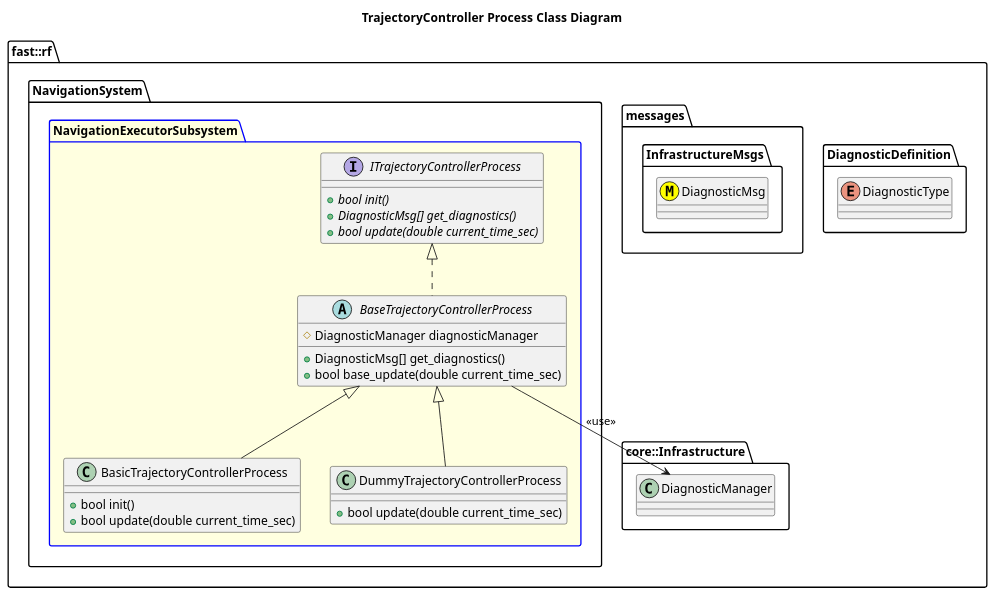
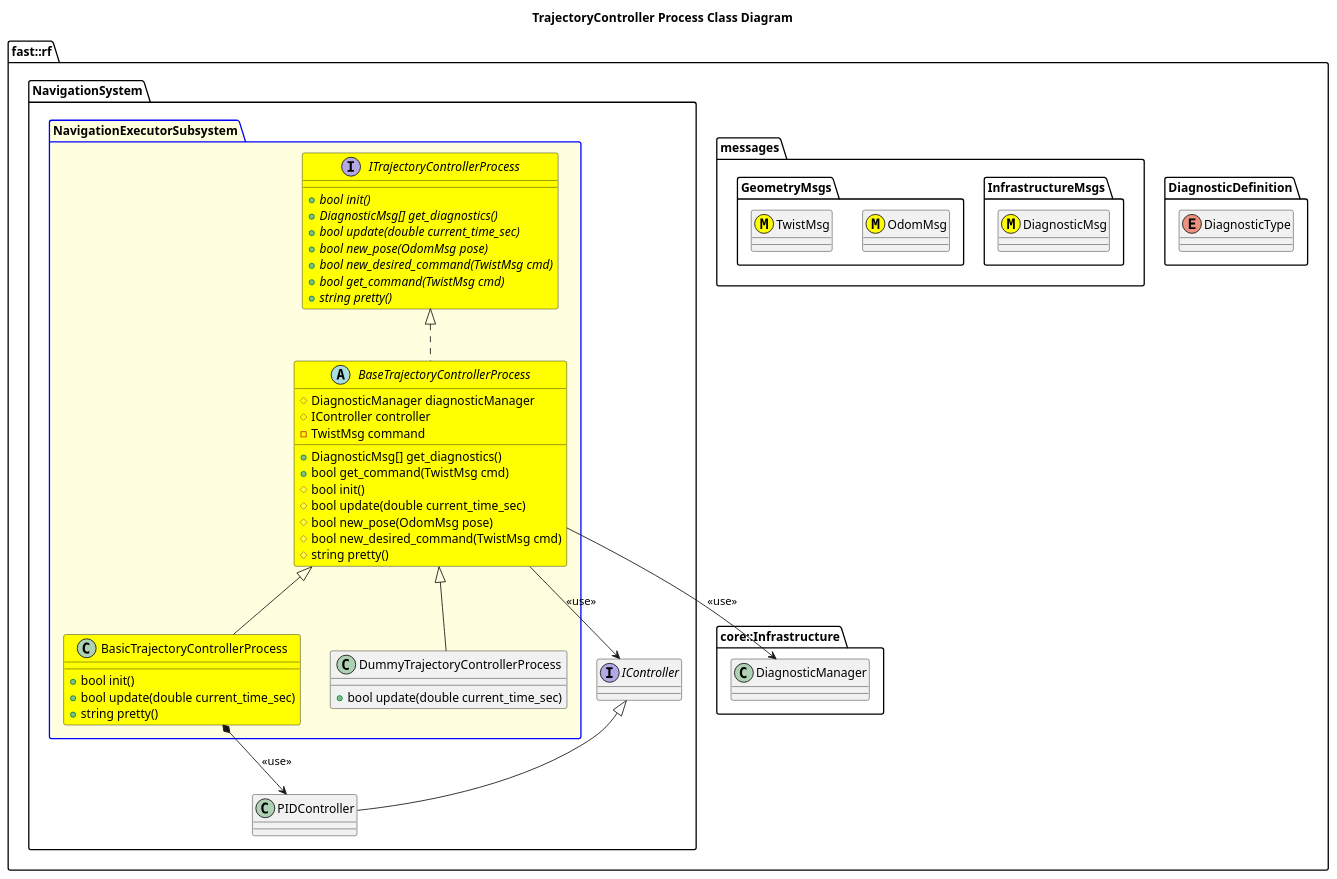
Before and after one commit to fastrobotics/robot_framework: the diagram in Systems/Navigation/Subsystems/NavigationExecutor/Processes/TrajectoryController/doc/puml/TrajectoryControllerProcessClassDiagram.puml, drawn with PlantUML. The commit also changed 18 other files, not shown here.

```diff
--- a/Systems/Navigation/Subsystems/NavigationExecutor/Processes/TrajectoryController/doc/puml/TrajectoryControllerProcessClassDiagram.puml
+++ b/Systems/Navigation/Subsystems/NavigationExecutor/Processes/TrajectoryController/doc/puml/TrajectoryControllerProcessClassDiagram.puml
@@ -1,43 +1,64 @@
 @startuml
 title TrajectoryController Process Class Diagram
 
 namespace fast::rf {
   namespace DiagnosticDefinition {
     enum DiagnosticType
   }
   namespace messages {
     namespace InfrastructureMsgs {
       class DiagnosticMsg <<(M,#FFFF00)>>
     }
+    namespace GeometryMsgs {
+      class OdomMsg <<(M,#FFFF00)>>
+      class TwistMsg <<(M,#FFFF00)>>
+    }
   }
   namespace core::Infrastructure {
     class DiagnosticManager
   }
   namespace NavigationSystem {
+    interface IController
+    class PIDController
+    PIDController -up-|> IController
     package NavigationExecutorSubsystem #LightYellow;line:blue {
-        interface ITrajectoryControllerProcess  {
+        interface ITrajectoryControllerProcess #Yellow  {
           +{abstract} bool init()
           +{abstract} DiagnosticMsg[] get_diagnostics()
           +{abstract} bool update(double current_time_sec)
+          +{abstract} bool new_pose(OdomMsg pose)
+          +{abstract} bool new_desired_command(TwistMsg cmd)
+          +{abstract} bool get_command(TwistMsg cmd)
+          +{abstract} string pretty()
         }
-        abstract BaseTrajectoryControllerProcess {
+        abstract BaseTrajectoryControllerProcess #Yellow {
           +DiagnosticMsg[] get_diagnostics()
-          +bool base_update(double current_time_sec)
+          +bool get_command(TwistMsg cmd)
+          #bool init()
+          #bool update(double current_time_sec)
+          #bool new_pose(OdomMsg pose)
+          #bool new_desired_command(TwistMsg cmd)
+          #string pretty()
           #DiagnosticManager diagnosticManager
+          #IController controller
+          -TwistMsg command
 
         }
+        BaseTrajectoryControllerProcess --> IController: <<use>>
         BaseTrajectoryControllerProcess --> DiagnosticManager: <<use>>
         BaseTrajectoryControllerProcess .up.|> ITrajectoryControllerProcess
-        class BasicTrajectoryControllerProcess {
+        class BasicTrajectoryControllerProcess #Yellow {
           +bool init()
           +bool update(double current_time_sec)
+          +string pretty()
         }
         BasicTrajectoryControllerProcess -up-|> BaseTrajectoryControllerProcess
+        BasicTrajectoryControllerProcess *-> PIDController: <<use>>
         class DummyTrajectoryControllerProcess {
           +bool update(double current_time_sec)
         }
         DummyTrajectoryControllerProcess -up-|> BaseTrajectoryControllerProcess
     }
   }
 }
 @enduml
```
